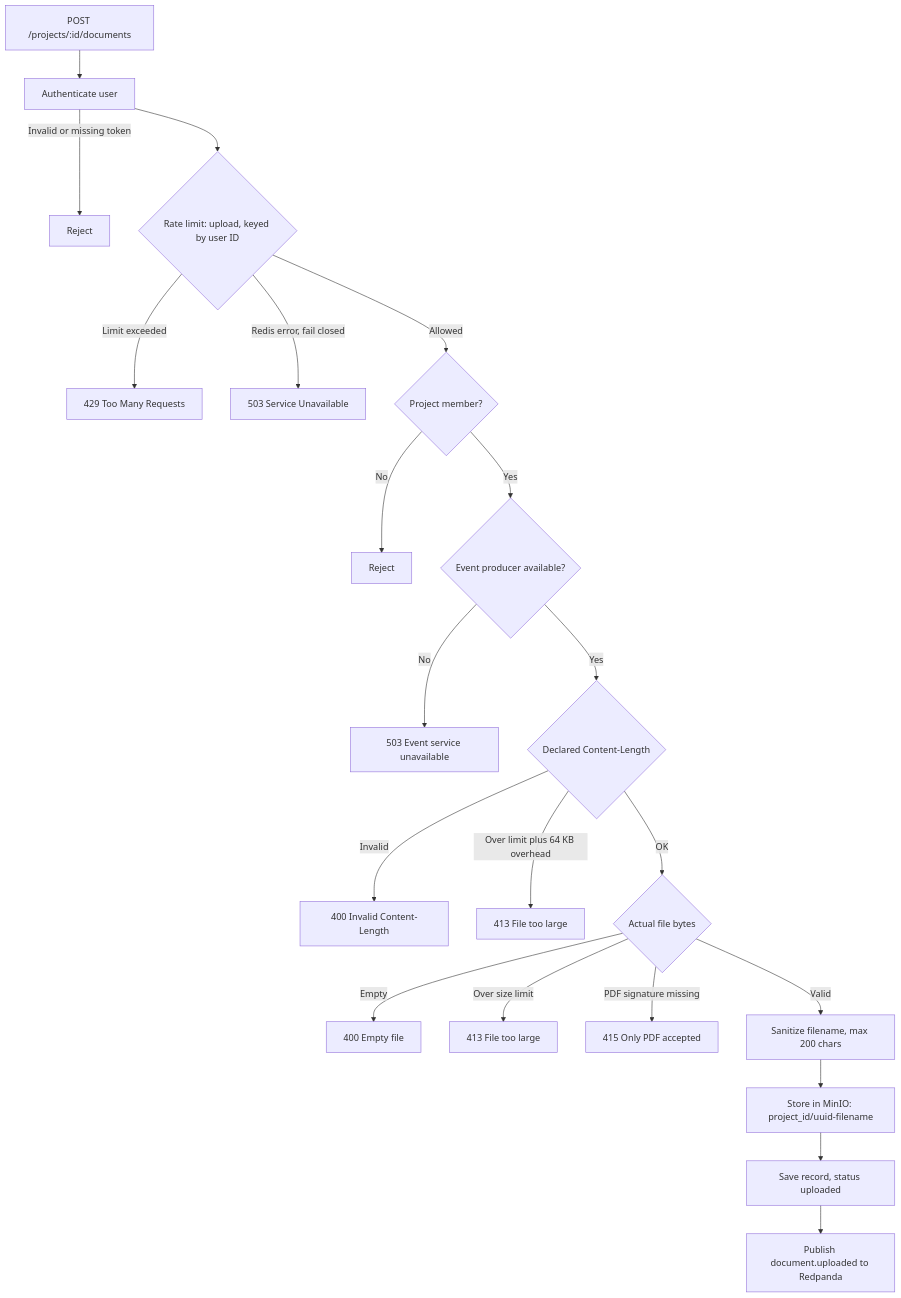
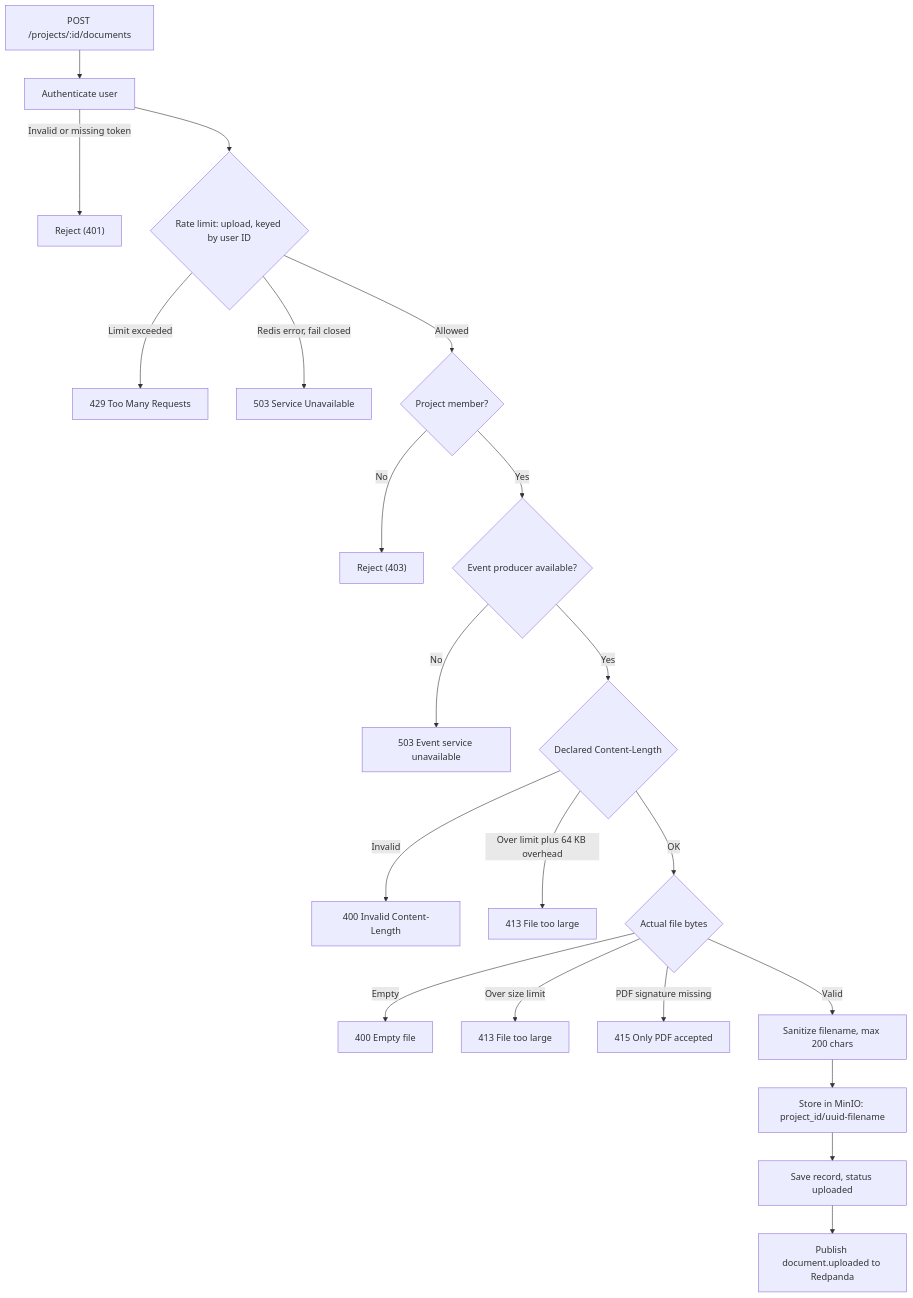
One commit to shepdogg6t7-glitch/atlasops changed the diagram in README.md. Above: the diagram before and after it, drawn with Mermaid. The commit also changed other lines of this file and 2 other files, not shown here.

Commit message:
Fix README: dedupe License, reorder sections, fix flowchart status codes

````diff
--- a/README.md
+++ b/README.md
@@ -219,23 +182,23 @@
 ```mermaid
 flowchart TD
   REQ["POST /projects/:id/documents"] --> AUTH["Authenticate user"]
-  AUTH -->|"Invalid or missing token"| R0["Reject"]
+  AUTH -->|"Invalid or missing token"| R0["Reject (401)"]
   AUTH --> RL{"Rate limit: upload, keyed by user ID"}
   RL -->|"Limit exceeded"| E429["429 Too Many Requests"]
   RL -->|"Redis error, fail closed"| E503A["503 Service Unavailable"]
   RL -->|Allowed| MEM{"Project member?"}
-  MEM -->|No| R1["Reject"]
+  MEM -->|No| R1["Reject (403)"]
   MEM -->|Yes| EVT{"Event producer available?"}
   EVT -->|No| E503B["503 Event service unavailable"]
   EVT -->|Yes| CL{"Declared Content-Length"}
   CL -->|Invalid| E400A["400 Invalid Content-Length"]
   CL -->|"Over limit plus 64 KB overhead"| E413A["413 File too large"]
   CL -->|OK| FILE{"Actual file bytes"}
   FILE -->|Empty| E400B["400 Empty file"]
   FILE -->|"Over size limit"| E413B["413 File too large"]
   FILE -->|"PDF signature missing"| E415["415 Only PDF accepted"]
   FILE -->|Valid| FN["Sanitize filename, max 200 chars"]
   FN --> ST["Store in MinIO: project_id/uuid-filename"]
   ST --> DB["Save record, status uploaded"]
   DB --> Q["Publish document.uploaded to Redpanda"]
 ```
````
